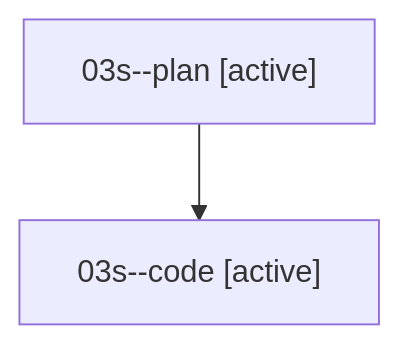
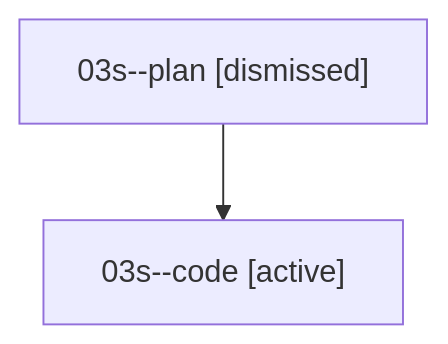
Before and after one commit to sase-org/sase--agents: the diagram in families/bbugyi200.athena.03s.md, drawn with Mermaid. The commit also changed other lines of this file and 179 other files, not shown here.

````diff
--- a/families/bbugyi200.athena.03s.md
+++ b/families/bbugyi200.athena.03s.md
@@ -9,6 +9,6 @@
 ```mermaid
 flowchart TD
-  n0["03s--plan [active]"]
+  n0["03s--plan [dismissed]"]
   n1["03s--code [active]"]
   n0 --> n1
 ```
````
